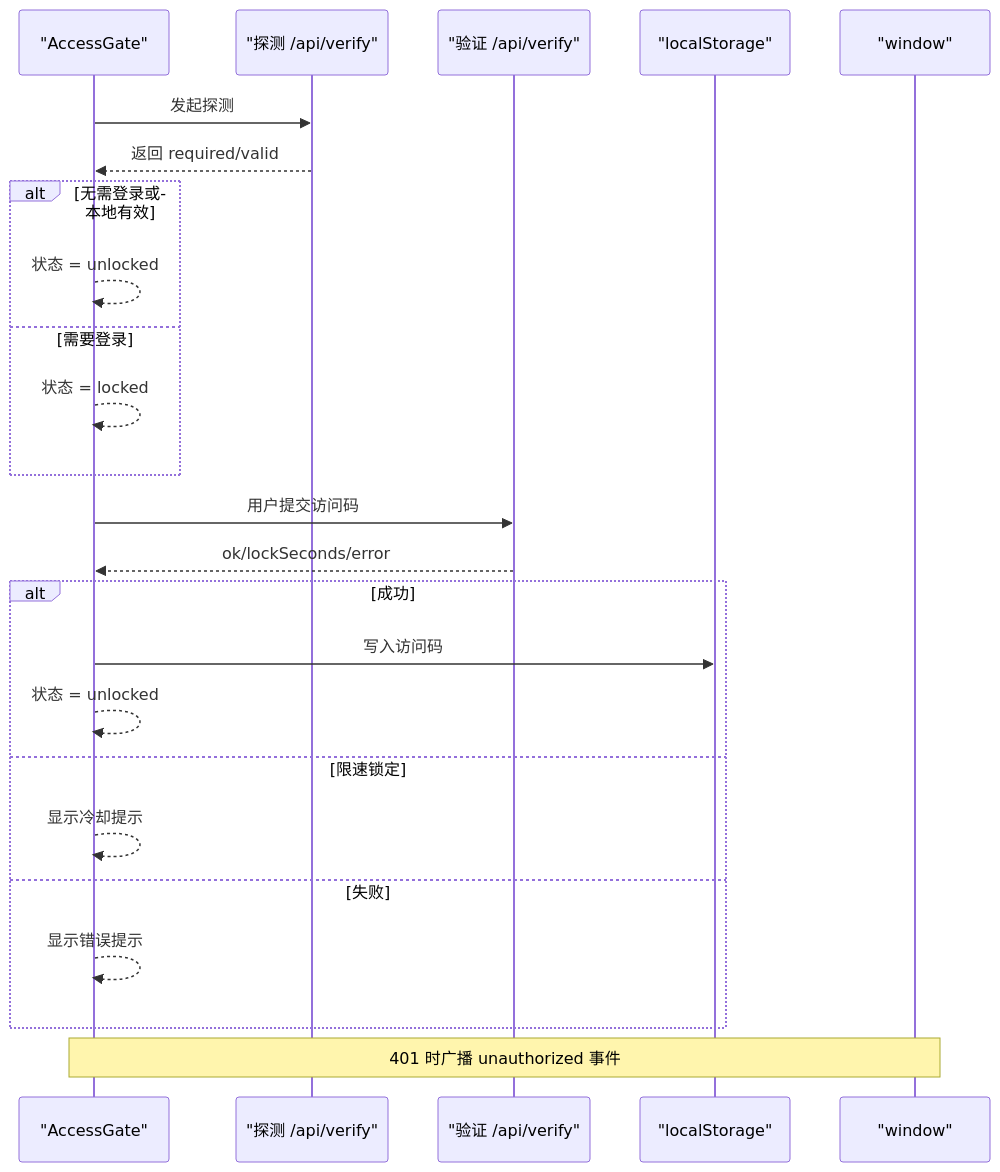
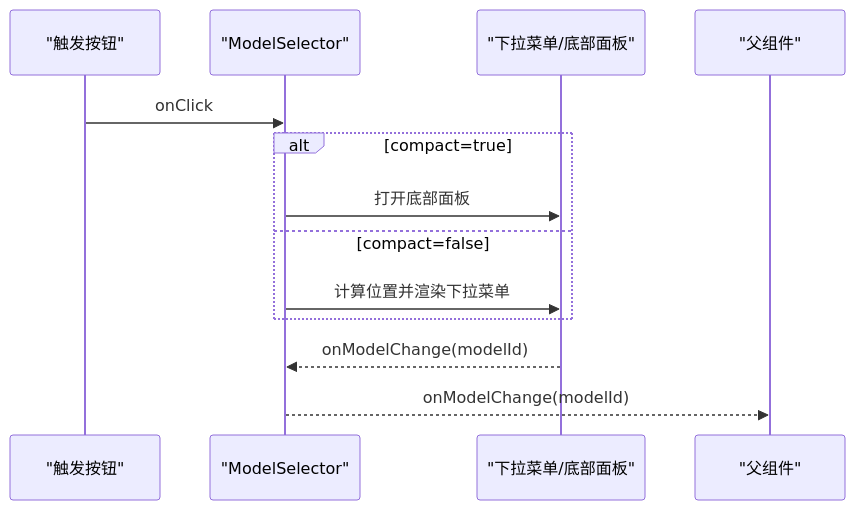
Before and after one commit to billye220670/AIShop: the fifth of 7 diagrams in .qoder/repowiki/zh/content/核心组件/核心组件.md, drawn with Mermaid. The commit also changed other lines of this file and 135 other files, not shown here.

````diff
--- a/.qoder/repowiki/zh/content/核心组件/核心组件.md
+++ b/.qoder/repowiki/zh/content/核心组件/核心组件.md
@@ -216,26 +226,15 @@
 ```mermaid
 sequenceDiagram
-participant Gate as "AccessGate"
-participant Probe as "探测 /api/verify"
-participant Verify as "验证 /api/verify"
-participant Local as "localStorage"
-participant Win as "window"
-Gate->>Probe : 发起探测
-Probe-->>Gate : 返回 required/valid
-alt 无需登录或本地有效
-Gate-->>Gate : 状态 = unlocked
-else 需要登录
-Gate-->>Gate : 状态 = locked
+participant Btn as "触发按钮"
+participant MS as "ModelSelector"
+participant Menu as "下拉菜单/底部面板"
+participant Parent as "父组件"
+Btn->>MS : onClick
+alt compact=true
+MS->>Menu : 打开底部面板
+else compact=false
+MS->>Menu : 计算位置并渲染下拉菜单
 end
-Gate->>Verify : 用户提交访问码
-Verify-->>Gate : ok/lockSeconds/error
-alt 成功
-Gate->>Local : 写入访问码
-Gate-->>Gate : 状态 = unlocked
-else 限速锁定
-Gate-->>Gate : 显示冷却提示
-else 失败
-Gate-->>Gate : 显示错误提示
-end
-Note over Gate,Win : 401 时广播 unauthorized 事件
+Menu-->>MS : onModelChange(modelId)
+MS-->>Parent : onModelChange(modelId)
 ```
````
